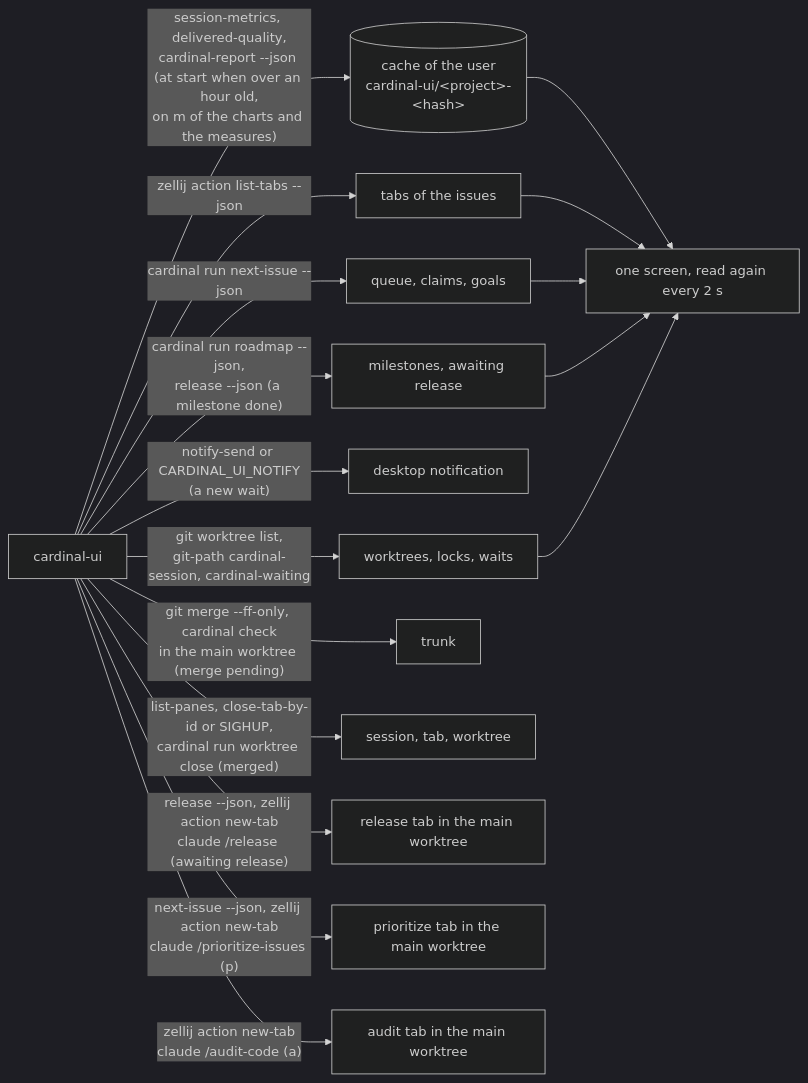
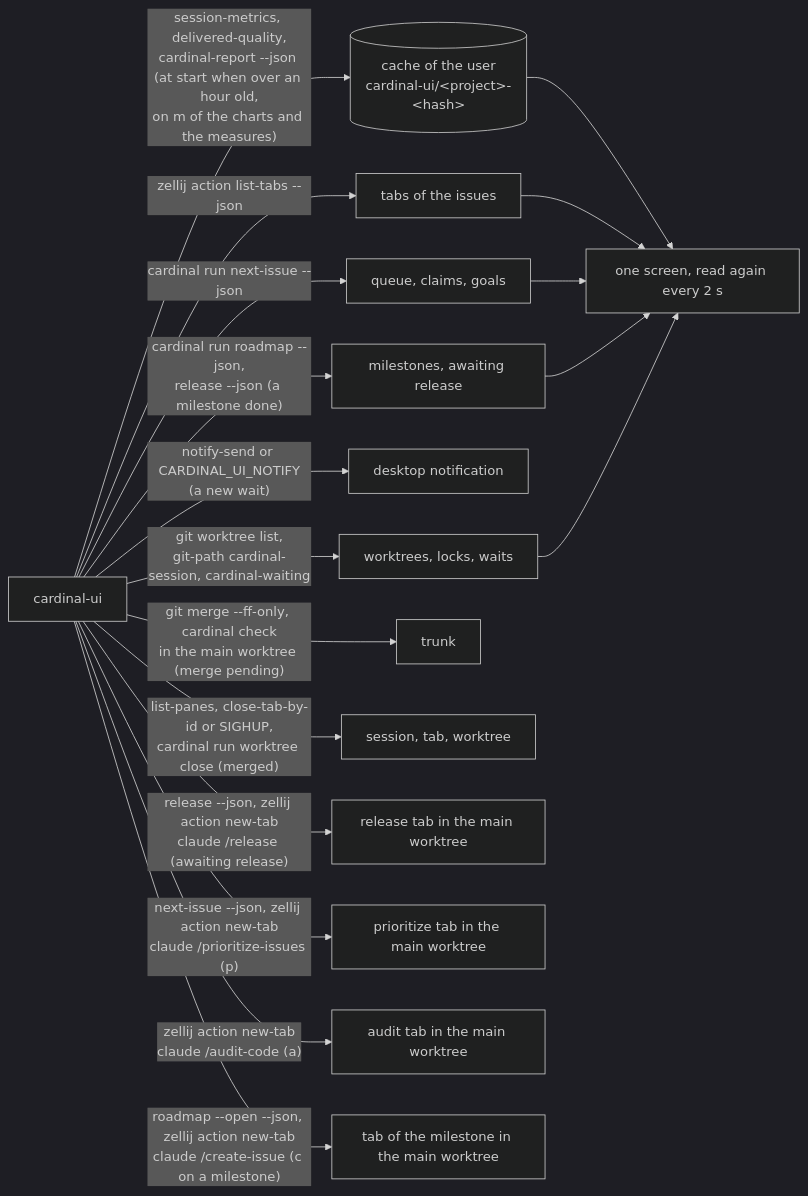
Before and after one commit to Electron-libre/cardinal: the third of 3 diagrams in docs/architecture.md, drawn with Mermaid (dark theme). The commit also changed other lines of this file and 5 other files, not shown here.

First line of the commit message:
docs: bring the architecture doc and the tool list in step with the code

````diff
--- a/docs/architecture.md
+++ b/docs/architecture.md
@@ -258,19 +259,20 @@
 ```mermaid
 flowchart LR
   ui["cardinal-ui"] -->|"cardinal run next-issue --json"| queue["queue, claims, goals"]
   ui -->|"cardinal run roadmap --json,<br/>release --json (a milestone done)"| milestones["milestones, awaiting release"]
   ui -->|"git worktree list,<br/>git-path cardinal-session, cardinal-waiting"| worktrees["worktrees, locks, waits"]
   ui -->|"zellij action list-tabs --json"| tabs["tabs of the issues"]
   ui -->|"notify-send or CARDINAL_UI_NOTIFY<br/>(a new wait)"| desktop["desktop notification"]
   ui -->|"session-metrics, delivered-quality,<br/>cardinal-report --json (at start when over an hour old,<br/>on m of the charts and the measures)"| cache[("cache of the user<br/>cardinal-ui/&lt;project&gt;-&lt;hash&gt;")]
   ui -->|"git merge --ff-only, cardinal check<br/>in the main worktree (merge pending)"| trunk["trunk"]
   ui -->|"list-panes, close-tab-by-id or SIGHUP,<br/>cardinal run worktree close (merged)"| ended["session, tab, worktree"]
   ui -->|"release --json, zellij action new-tab<br/>claude /release (awaiting release)"| release["release tab in the main worktree"]
   ui -->|"next-issue --json, zellij action new-tab<br/>claude /prioritize-issues (p)"| prioritize["prioritize tab in the main worktree"]
   ui -->|"zellij action new-tab<br/>claude /audit-code (a)"| audit["audit tab in the main worktree"]
+  ui -->|"roadmap --open --json, zellij action new-tab<br/>claude /create-issue (c on a milestone)"| cut["tab of the milestone in the main worktree"]
   cache --> screen
   tabs --> screen
   queue --> screen["one screen, read again every 2 s"]
   milestones --> screen
   worktrees --> screen
 ```
````
